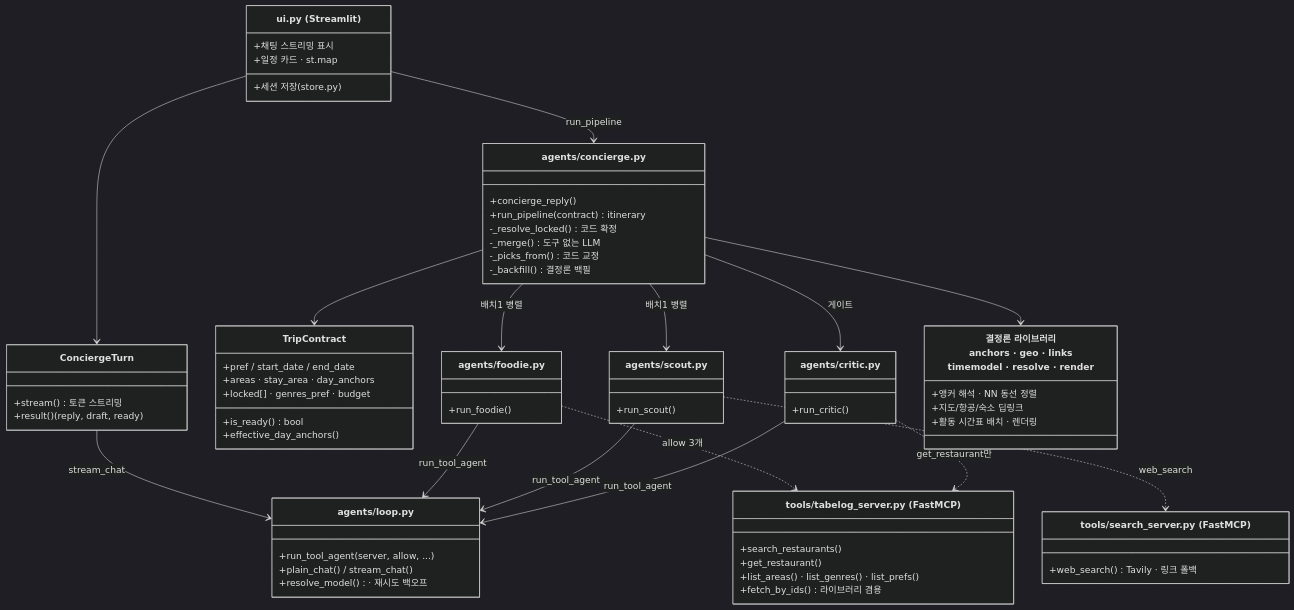
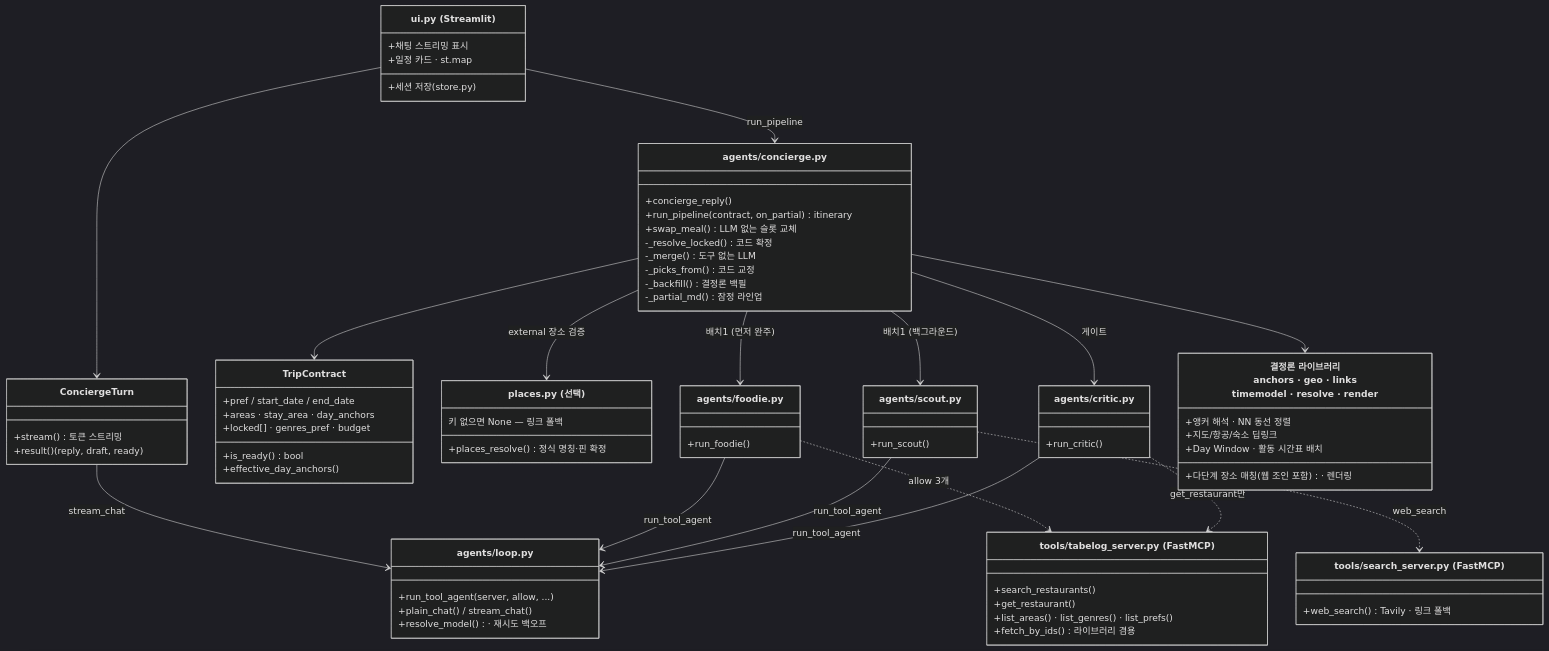
The third of 3 diagrams in Day10_미니_캡스톤/docs/ARCHITECTURE.md (GeonjungKim/nvidia-ai-agent-projects), drawn with Mermaid (dark theme) before and after one commit. The commit also changed other lines of this file and 3 other files, not shown here.

First line of the commit message:
docs: 신규 기능 반영 — README·아키텍처 다이어그램·배포/환경 가이드 갱신

````diff
--- a/Day10_미니_캡스톤/docs/ARCHITECTURE.md
+++ b/Day10_미니_캡스톤/docs/ARCHITECTURE.md
@@ -98,64 +106,72 @@
 ```mermaid
 classDiagram
     class ui_py["ui.py (Streamlit)"] {
         +채팅 스트리밍 표시
         +일정 카드 · st.map
         +세션 저장 (store.py)
     }
     class ConciergeTurn {
         +stream() 토큰 스트리밍
         +result() (reply, draft, ready)
     }
     class TripContract {
         +pref / start_date / end_date
         +areas · stay_area · day_anchors
         +locked[] · genres_pref · budget
         +is_ready() bool
         +effective_day_anchors()
     }
     class concierge_py["agents/concierge.py"] {
         +concierge_reply()
-        +run_pipeline(contract) itinerary
+        +run_pipeline(contract, on_partial) itinerary
+        +swap_meal() LLM 없는 슬롯 교체
         -_resolve_locked() 코드 확정
         -_merge() 도구 없는 LLM
         -_picks_from() 코드 교정
         -_backfill() 결정론 백필
+        -_partial_md() 잠정 라인업
+    }
+    class places_py["places.py (선택)"] {
+        +places_resolve() 정식 명칭·핀 확정
+        키 없으면 None — 링크 폴백
     }
     class loop_py["agents/loop.py"] {
         +run_tool_agent(server, allow, ...)
         +plain_chat() / stream_chat()
         +resolve_model() · 재시도 백오프
     }
     class foodie_py["agents/foodie.py"] { +run_foodie() }
     class scout_py["agents/scout.py"] { +run_scout() }
     class critic_py["agents/critic.py"] { +run_critic() }
     class tabelog_server["tools/tabelog_server.py (FastMCP)"] {
         +search_restaurants()
         +get_restaurant()
         +list_areas() · list_genres() · list_prefs()
         +fetch_by_ids() 라이브러리 겸용
     }
     class search_server["tools/search_server.py (FastMCP)"] {
         +web_search() Tavily · 링크 폴백
     }
     class detlib["결정론 라이브러리<br/>anchors · geo · links<br/>timemodel · resolve · render"] {
         +앵커 해석 · NN 동선 정렬
         +지도/항공/숙소 딥링크
-        +활동 시간표 배치 · 렌더링
+        +Day Window · 활동 시간표 배치
+        +다단계 장소 매칭(웹 조인 포함) · 렌더링
     }
 
     ui_py --> ConciergeTurn
     ui_py --> concierge_py : run_pipeline
     ConciergeTurn --> loop_py : stream_chat
     concierge_py --> TripContract
-    concierge_py --> foodie_py : 배치1 병렬
-    concierge_py --> scout_py : 배치1 병렬
+    concierge_py --> foodie_py : 배치1 (먼저 완주)
+    concierge_py --> scout_py : 배치1 (백그라운드)
+    concierge_py --> places_py : external 장소 검증
     concierge_py --> critic_py : 게이트
     concierge_py --> detlib
     foodie_py --> loop_py : run_tool_agent
     scout_py --> loop_py : run_tool_agent
     critic_py --> loop_py : run_tool_agent
     foodie_py ..> tabelog_server : allow 3개
     critic_py ..> tabelog_server : get_restaurant만
     scout_py ..> search_server : web_search
 ```
````
